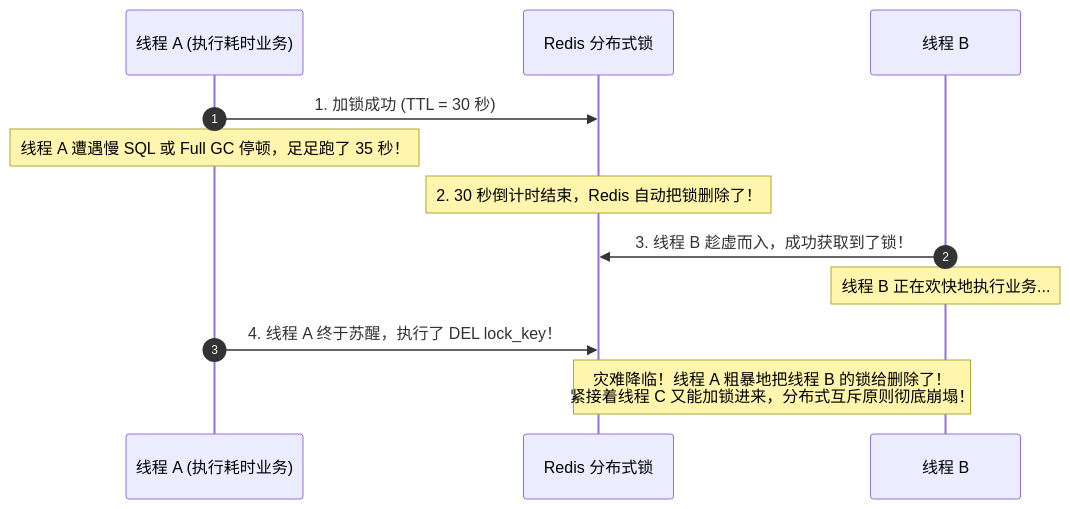
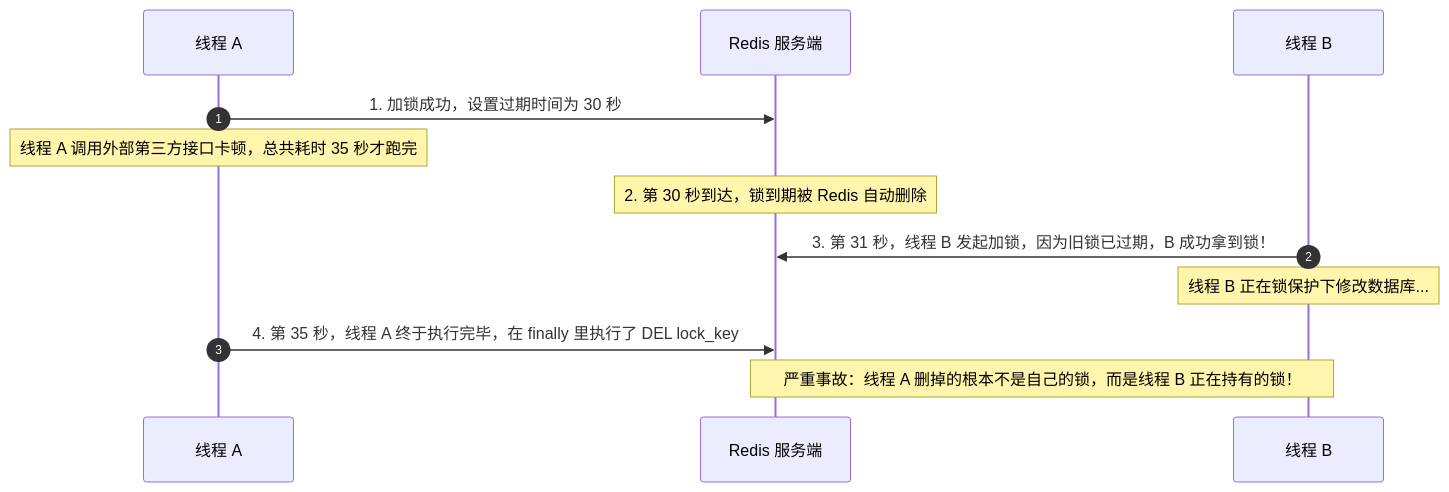
The second of 4 diagrams in 20-Java后端/07-分布式与微服务/04-分布式锁.md (GuoWWWX/knowledge-base), drawn with Mermaid before and after one commit. The commit also changed other lines of this file and 251 other files, not shown here.

````diff
--- a/20-Java后端/07-分布式与微服务/04-分布式锁.md
+++ b/20-Java后端/07-分布式与微服务/04-分布式锁.md
@@ -50,15 +90,15 @@
 ```mermaid
 sequenceDiagram
     autonumber
-    participant A as 线程 A (执行耗时业务)
-    participant Redis as Redis 分布式锁
+    participant A as 线程 A
+    participant Redis as Redis 服务端
     participant B as 线程 B
 
-    A->>Redis: 1. 加锁成功 (TTL = 30 秒)
-    Note over A: 线程 A 遭遇慢 SQL 或 Full GC 停顿，足足跑了 35 秒！
-    Note over Redis: 2. 30 秒倒计时结束，Redis 自动把锁删除了！
-    B->>Redis: 3. 线程 B 趁虚而入，成功获取到了锁！
-    Note over B: 线程 B 正在欢快地执行业务...
-    A->>Redis: 4. 线程 A 终于苏醒，执行了 DEL lock_key！
-    Note over Redis,B: 灾难降临！线程 A 粗暴地把线程 B 的锁给删除了！<br/>紧接着线程 C 又能加锁进来，分布式互斥原则彻底崩塌！
+    A->>Redis: 1. 加锁成功，设置过期时间为 30 秒
+    Note over A: 线程 A 调用外部第三方接口卡顿，总共耗时 35 秒才跑完
+    Note over Redis: 2. 第 30 秒到达，锁到期被 Redis 自动删除
+    B->>Redis: 3. 第 31 秒，线程 B 发起加锁，因为旧锁已过期，B 成功拿到锁！
+    Note over B: 线程 B 正在锁保护下修改数据库...
+    A->>Redis: 4. 第 35 秒，线程 A 终于执行完毕，在 finally 里执行了 DEL lock_key
+    Note over Redis,B: 严重事故：线程 A 删掉的根本不是自己的锁，而是线程 B 正在持有的锁！
 ```
````
